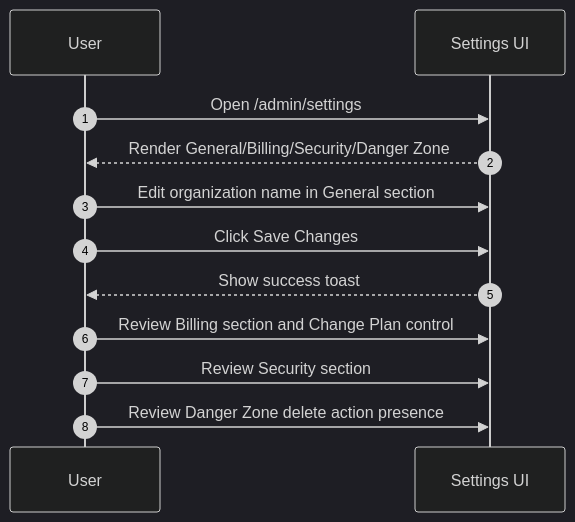
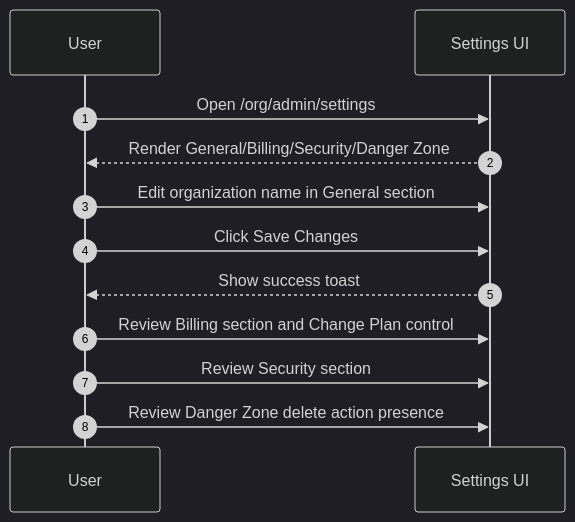
Before and after one commit to full-chaos/dev-health-web: the sixth of 6 diagrams in docs/testing/e2e-specs/account-admin.md, drawn with Mermaid (dark theme). The commit also changed other lines of this file and 14 other files, not shown here.

````diff
--- a/docs/testing/e2e-specs/account-admin.md
+++ b/docs/testing/e2e-specs/account-admin.md
@@ -400,14 +400,14 @@
 ```mermaid
 sequenceDiagram
     autonumber
     participant U as User
     participant S as Settings UI
-    U->>S: Open /admin/settings
+    U->>S: Open /org/admin/settings
     S-->>U: Render General/Billing/Security/Danger Zone
     U->>S: Edit organization name in General section
     U->>S: Click Save Changes
     S-->>U: Show success toast
     U->>S: Review Billing section and Change Plan control
     U->>S: Review Security section
     U->>S: Review Danger Zone delete action presence
 ```
````
